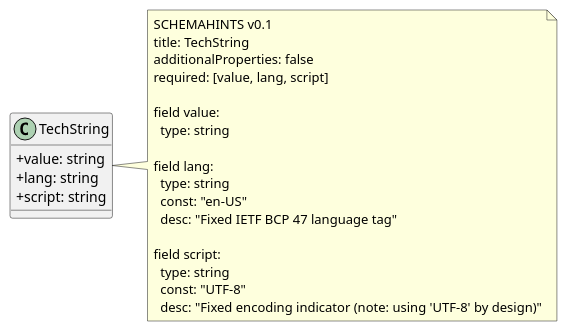
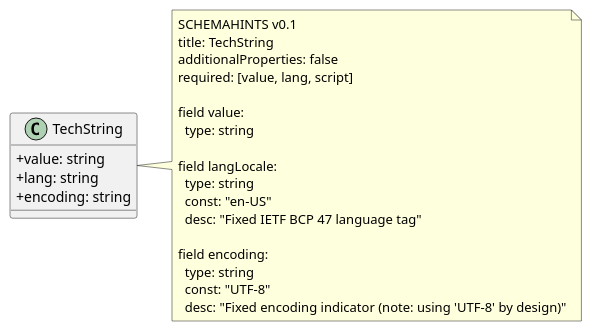
One commit to decentralized-identity/hatpro-schema-temp changed the diagram in packages/core/puml/commonLib/TechString.puml. Above: the diagram before and after it, drawn with PlantUML. The commit also changed 90 other files, not shown here.

Commit message:
chore: sync local work (tools, scripts, schemas, examples)

```diff
--- a/packages/core/puml/commonLib/TechString.puml
+++ b/packages/core/puml/commonLib/TechString.puml
@@ -2,30 +2,30 @@
 @startuml
 skinparam classAttributeIconSize 0
 
 class TechString {
   +value: string
   +lang: string
-  +script: string
+  +encoding: string
 }
 
 note right of TechString
 SCHEMAHINTS v0.1
 title: TechString
 additionalProperties: false
 required: [value, lang, script]
 
 field value:
   type: string
 
-field lang:
+field langLocale:
   type: string
   const: "en-US"
   desc: "Fixed IETF BCP 47 language tag"
 
-field script:
+field encoding:
   type: string
   const: "UTF-8"
   desc: "Fixed encoding indicator (note: using 'UTF-8' by design)"
 end note
 
 @enduml
```
